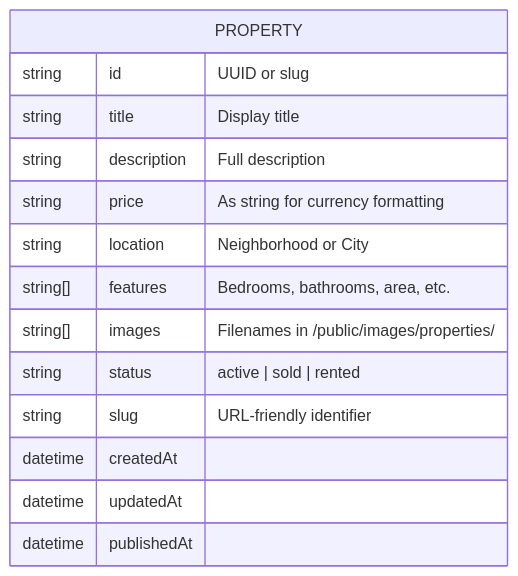
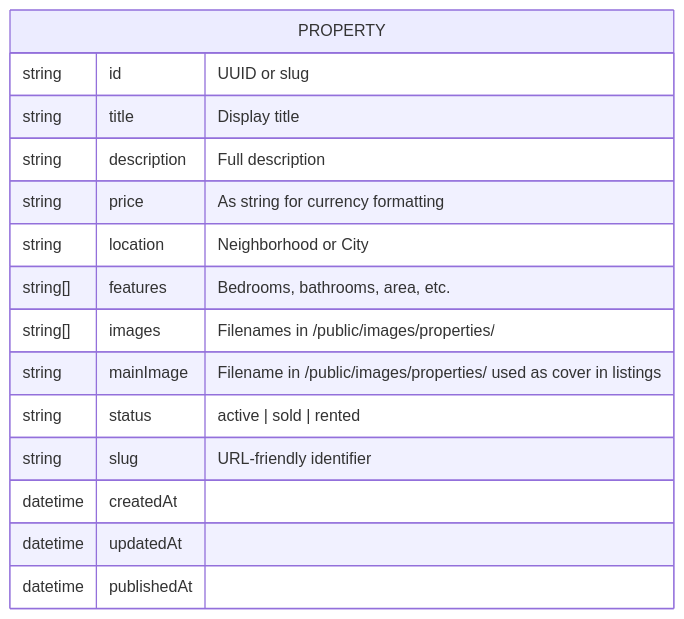
Before and after one commit to nandits/imobiliario: the fourth of 5 diagrams in docs/architecture.md, drawn with Mermaid. The commit also changed other lines of this file and 9 other files, not shown here.

````diff
--- a/docs/architecture.md
+++ b/docs/architecture.md
@@ -97,17 +97,18 @@
 ```mermaid
 erDiagram
     PROPERTY {
         string id "UUID or slug"
         string title "Display title"
         string description "Full description"
         string price "As string for currency formatting"
         string location "Neighborhood or City"
         string[] features "Bedrooms, bathrooms, area, etc."
         string[] images "Filenames in /public/images/properties/"
+        string mainImage "Filename in /public/images/properties/ used as cover in listings"
         string status "active | sold | rented"
         string slug "URL-friendly identifier"
         datetime createdAt
         datetime updatedAt
         datetime publishedAt
     }
 ```
````
